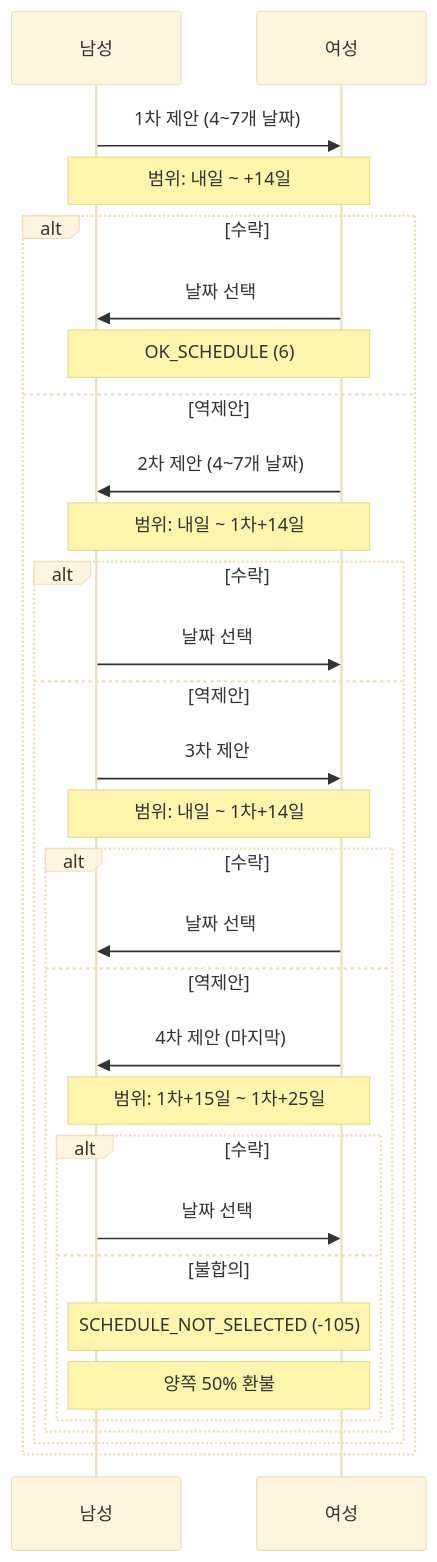
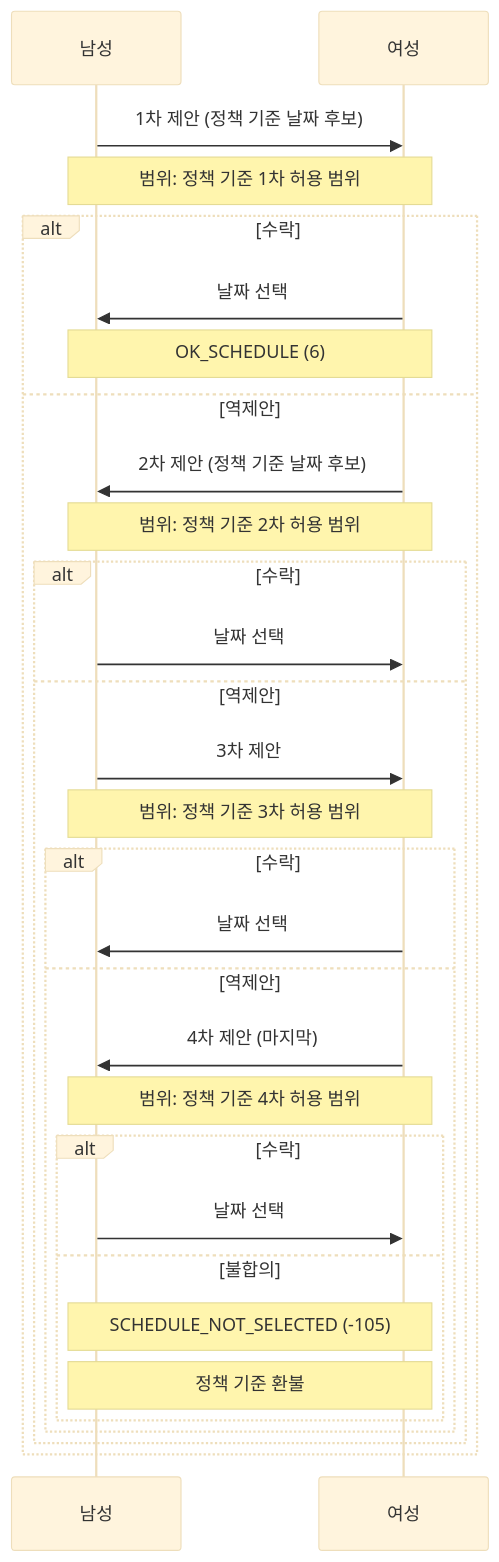
One commit to coupler-developer/docs changed the diagram in content/architecture/matching-schedule-algorithm.md. Above: the diagram before and after it, drawn with Mermaid (base theme). The commit also changed other lines of this file and 12 other files, not shown here.

````diff
--- a/content/architecture/matching-schedule-algorithm.md
+++ b/content/architecture/matching-schedule-algorithm.md
@@ -42,37 +44,37 @@
 ```mermaid
 sequenceDiagram
     participant M as 남성
     participant F as 여성
 
-    M->>F: 1차 제안 (4~7개 날짜)
-    Note over M,F: 범위: 내일 ~ +14일
+    M->>F: 1차 제안 (정책 기준 날짜 후보)
+    Note over M,F: 범위: 정책 기준 1차 허용 범위
 
     alt 수락
         F->>M: 날짜 선택
         Note over M,F: OK_SCHEDULE (6)
     else 역제안
-        F->>M: 2차 제안 (4~7개 날짜)
-        Note over M,F: 범위: 내일 ~ 1차+14일
+        F->>M: 2차 제안 (정책 기준 날짜 후보)
+        Note over M,F: 범위: 정책 기준 2차 허용 범위
 
         alt 수락
             M->>F: 날짜 선택
         else 역제안
             M->>F: 3차 제안
-            Note over M,F: 범위: 내일 ~ 1차+14일
+            Note over M,F: 범위: 정책 기준 3차 허용 범위
 
             alt 수락
                 F->>M: 날짜 선택
             else 역제안
                 F->>M: 4차 제안 (마지막)
-                Note over M,F: 범위: 1차+15일 ~ 1차+25일
+                Note over M,F: 범위: 정책 기준 4차 허용 범위
 
                 alt 수락
                     M->>F: 날짜 선택
                 else 불합의
                     Note over M,F: SCHEDULE_NOT_SELECTED (-105)
-                    Note over M,F: 양쪽 50% 환불
+                    Note over M,F: 정책 기준 환불
                 end
             end
         end
     end
 ```
````
